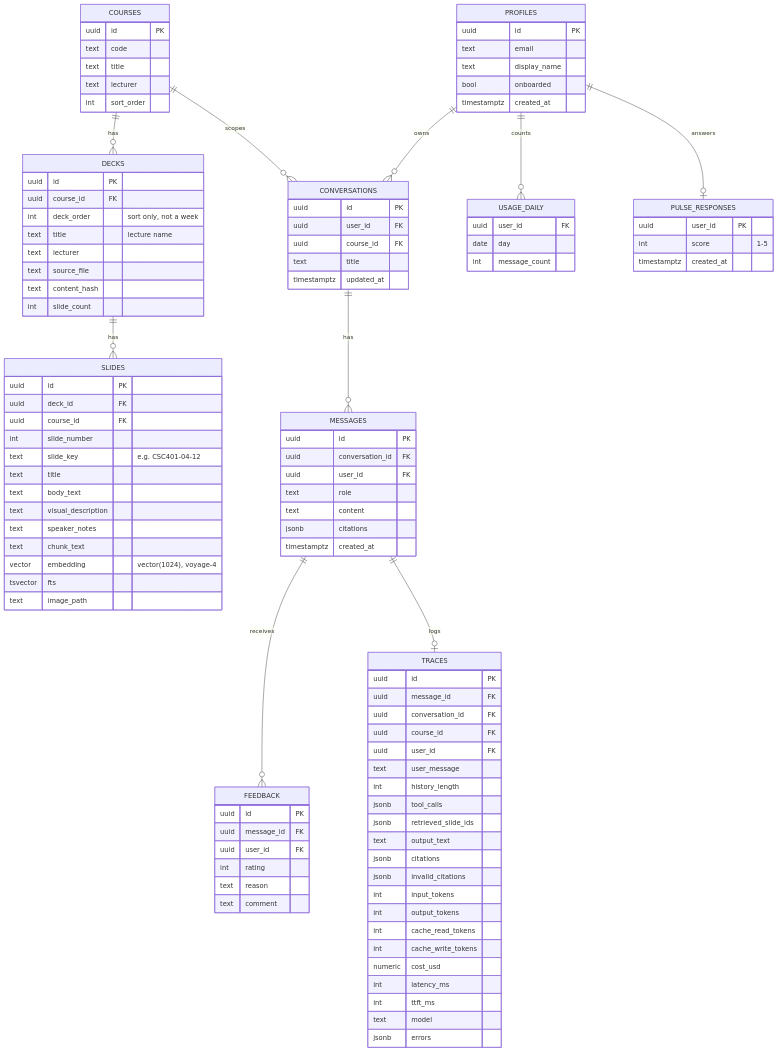
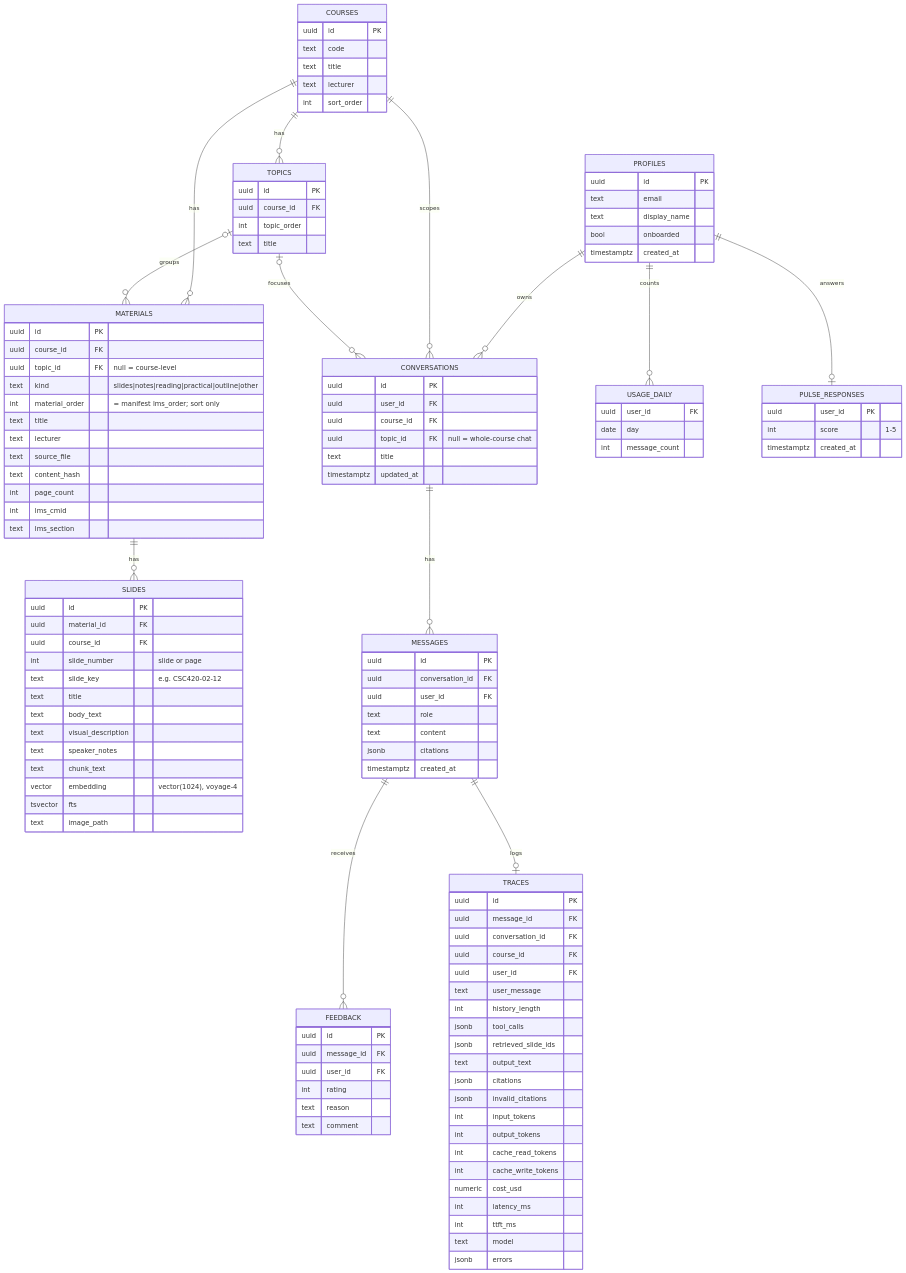
One commit to Timmynathan/ask-your-slides changed the fifth of 6 diagrams in PRD.md. Above: the diagram before and after it, drawn with Mermaid. The commit also changed other lines of this file and 3 other files, not shown here.

First line of the commit message:
Topics and materials: manifest-driven structure, topic chats with course fallback

````diff
--- a/PRD.md
+++ b/PRD.md
@@ -412,9 +451,12 @@
 ```mermaid
 erDiagram
-    COURSES ||--o{ DECKS : has
-    DECKS ||--o{ SLIDES : has
+    COURSES ||--o{ TOPICS : has
+    COURSES ||--o{ MATERIALS : has
+    TOPICS |o--o{ MATERIALS : groups
+    MATERIALS ||--o{ SLIDES : has
     PROFILES ||--o{ CONVERSATIONS : owns
     COURSES ||--o{ CONVERSATIONS : scopes
+    TOPICS |o--o{ CONVERSATIONS : focuses
     CONVERSATIONS ||--o{ MESSAGES : has
     MESSAGES ||--o{ FEEDBACK : receives
     MESSAGES ||--o| TRACES : logs
@@ -428,22 +470,32 @@
         text lecturer
         int sort_order
     }
-    DECKS {
+    TOPICS {
         uuid id PK
         uuid course_id FK
-        int deck_order "sort only, not a week"
-        text title "lecture name"
+        int topic_order
+        text title
+    }
+    MATERIALS {
+        uuid id PK
+        uuid course_id FK
+        uuid topic_id FK "null = course-level"
+        text kind "slides|notes|reading|practical|outline|other"
+        int material_order "= manifest lms_order; sort only"
+        text title
         text lecturer
         text source_file
         text content_hash
-        int slide_count
+        int page_count
+        int lms_cmid
+        text lms_section
     }
     SLIDES {
         uuid id PK
-        uuid deck_id FK
+        uuid material_id FK
         uuid course_id FK
-        int slide_number
-        text slide_key "e.g. CSC401-04-12"
+        int slide_number "slide or page"
+        text slide_key "e.g. CSC420-02-12"
         text title
         text body_text
         text visual_description
@@ -469,6 +521,7 @@
         uuid id PK
         uuid user_id FK
         uuid course_id FK
+        uuid topic_id FK "null = whole-course chat"
         text title
         timestamptz updated_at
     }
````
